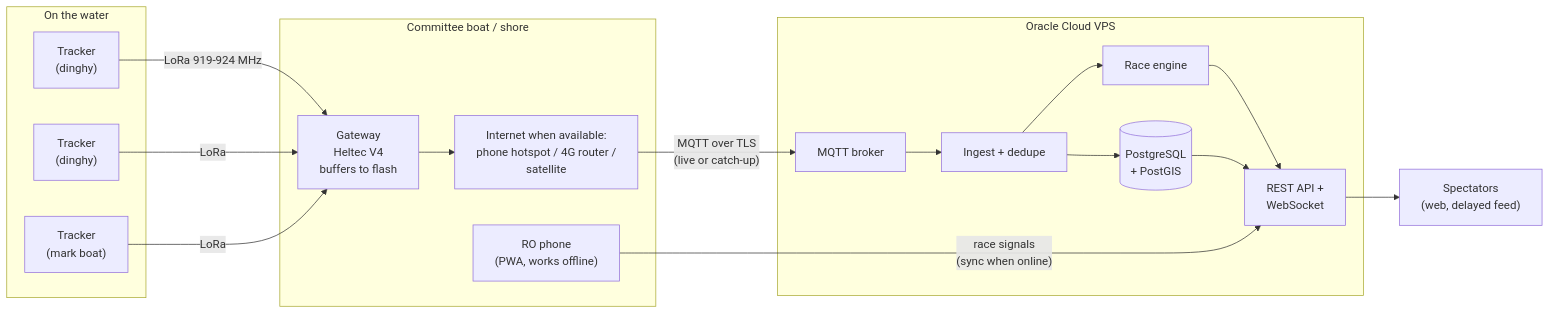
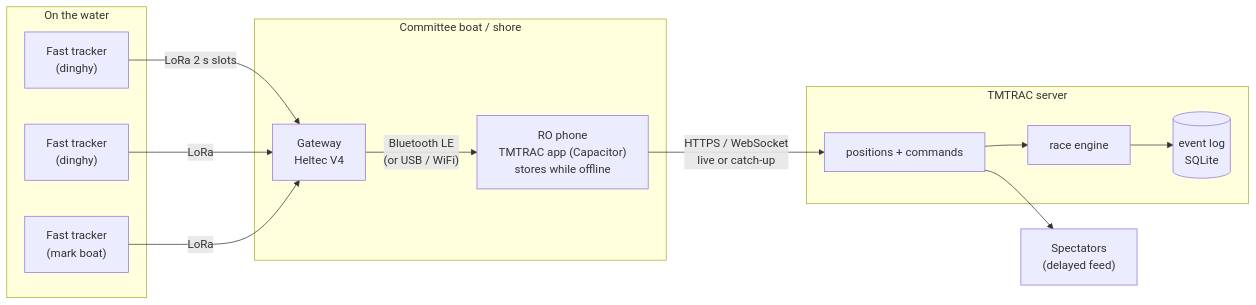
One commit to feelgoodinc183/boat-tracker changed the diagram in docs/PLAN.md. Above: the diagram before and after it, drawn with Mermaid. The commit also changed other lines of this file and 2 other files, not shown here.

First line of the commit message:
Align plan with TMTRAC and its rebuild plan, add design direction

````diff
--- a/docs/PLAN.md
+++ b/docs/PLAN.md
@@ -45,32 +59,26 @@
 ```mermaid
 flowchart LR
   subgraph Water["On the water"]
-    T1["Tracker<br/>(dinghy)"]
-    T2["Tracker<br/>(dinghy)"]
-    TM["Tracker<br/>(mark boat)"]
+    T1["Fast tracker<br/>(dinghy)"]
+    T2["Fast tracker<br/>(dinghy)"]
+    TM["Fast tracker<br/>(mark boat)"]
   end
   subgraph Venue["Committee boat / shore"]
-    GW["Gateway<br/>Heltec V4<br/>buffers to flash"]
-    NET["Internet when available:<br/>phone hotspot / 4G router /<br/>satellite"]
-    ROP["RO phone<br/>(PWA, works offline)"]
+    GW["Gateway<br/>Heltec V4"]
+    RO["RO phone<br/>TMTRAC app (Capacitor)<br/>stores while offline"]
   end
-  subgraph Cloud["Oracle Cloud VPS"]
-    MQ["MQTT broker"]
-    ING["Ingest + dedupe"]
-    DB[("PostgreSQL<br/>+ PostGIS")]
-    RACE["Race engine"]
-    API["REST API +<br/>WebSocket"]
+  subgraph Server["TMTRAC server"]
+    API["positions + commands"]
+    ENG["race engine"]
+    LOG[("event log<br/>SQLite")]
   end
-  SP["Spectators<br/>(web, delayed feed)"]
+  SP["Spectators<br/>(delayed feed)"]
 
-  T1 -- "LoRa 919-924 MHz" --> GW
+  T1 -- "LoRa 2 s slots" --> GW
   T2 -- LoRa --> GW
   TM -- LoRa --> GW
-  GW --> NET
-  NET -- "MQTT over TLS<br/>(live or catch-up)" --> MQ
-  MQ --> ING --> DB
-  ING --> RACE --> API
-  DB --> API
-  ROP -- "race signals<br/>(sync when online)" --> API
+  GW -- "Bluetooth LE<br/>(or USB / WiFi)" --> RO
+  RO -- "HTTPS / WebSocket<br/>live or catch-up" --> API
+  API --> ENG --> LOG
   API --> SP
 ```
````
